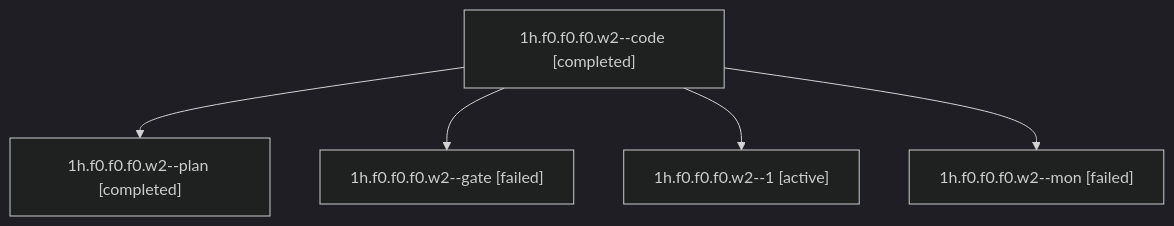
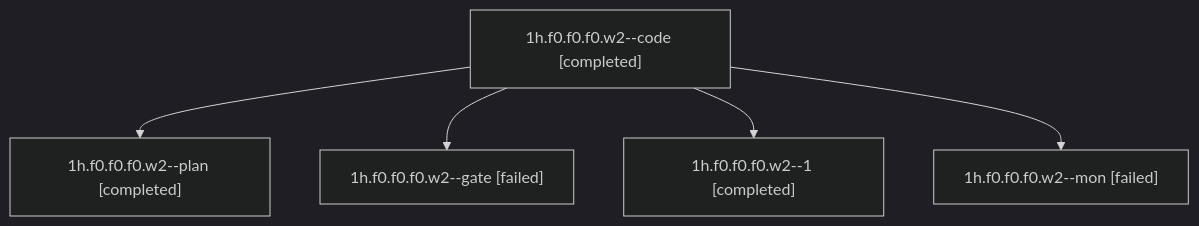
Before and after one commit to sase-org/sase--agents: the diagram in families/bbugyi200.apollo.1h.f0.f0.f0.w2.md, drawn with Mermaid (dark theme). The commit also changed other lines of this file and 98 other files, not shown here.

````diff
--- a/families/bbugyi200.apollo.1h.f0.f0.f0.w2.md
+++ b/families/bbugyi200.apollo.1h.f0.f0.f0.w2.md
@@ -9,12 +9,12 @@
 ```mermaid
 flowchart TD
   n0["1h.f0.f0.f0.w2--code [completed]"]
   n1["1h.f0.f0.f0.w2--plan [completed]"]
   n0 --> n1
   n2["1h.f0.f0.f0.w2--gate [failed]"]
   n0 --> n2
-  n3["1h.f0.f0.f0.w2--1 [active]"]
+  n3["1h.f0.f0.f0.w2--1 [completed]"]
   n0 --> n3
   n4["1h.f0.f0.f0.w2--mon [failed]"]
   n0 --> n4
 ```
````
